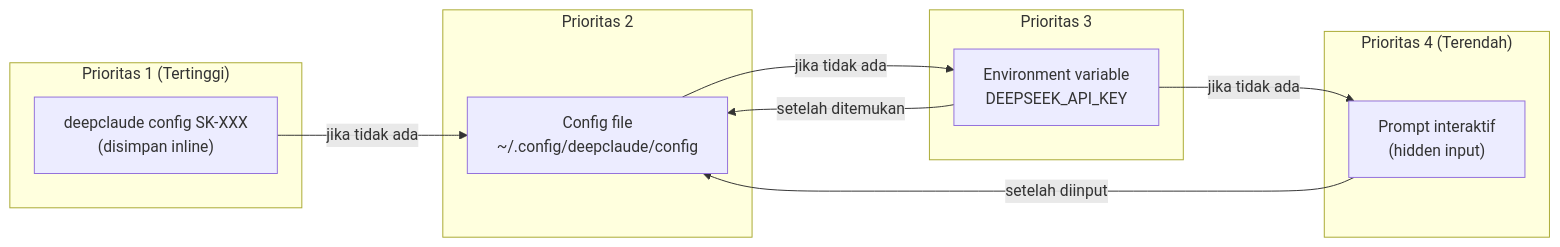
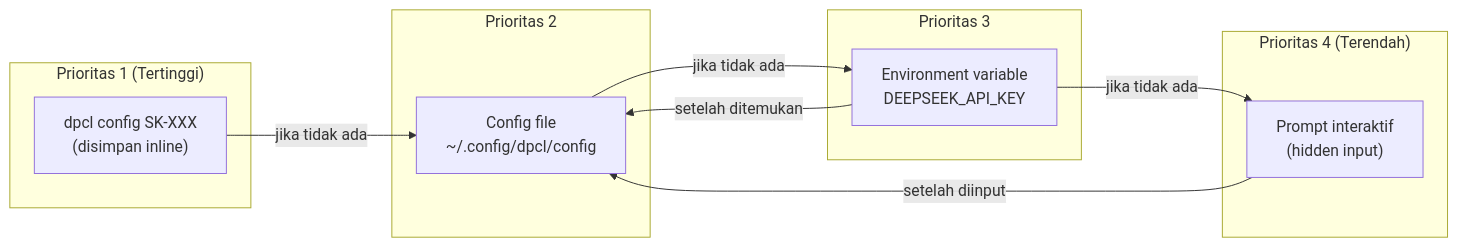
The fourth of 6 diagrams in README.md (Muhira007/deepclaude-v2), drawn with Mermaid before and after one commit. The commit also changed other lines of this file and 13 other files, not shown here.

First line of the commit message:
rename: deepclaude -> dpcl (all aspects)

````diff
--- a/README.md
+++ b/README.md
@@ -209,22 +209,22 @@
 ```mermaid
 flowchart LR
     subgraph "Prioritas 1 (Tertinggi)"
-        A["deepclaude config SK-XXX<br/>(disimpan inline)"]
+        A["dpcl config SK-XXX<br/>(disimpan inline)"]
     end
 
     subgraph "Prioritas 2"
-        B["Config file<br/>~/.config/deepclaude/config"]
+        B["Config file<br/>~/.config/dpcl/config"]
     end
 
     subgraph "Prioritas 3"
         C["Environment variable<br/>DEEPSEEK_API_KEY"]
     end
 
     subgraph "Prioritas 4 (Terendah)"
         D["Prompt interaktif<br/>(hidden input)"]
     end
 
     A -->|jika tidak ada| B -->|jika tidak ada| C -->|jika tidak ada| D
     D -->|setelah diinput| B
     C -->|setelah ditemukan| B
 ```
````
